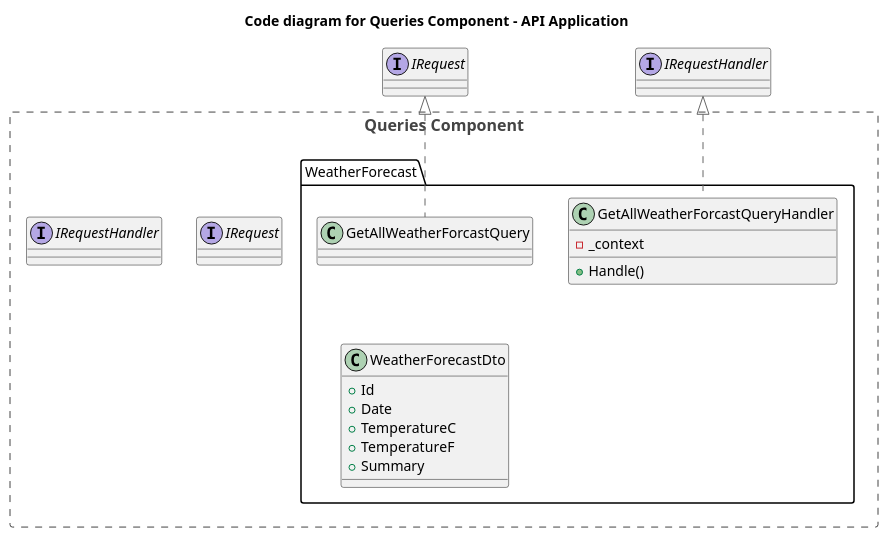
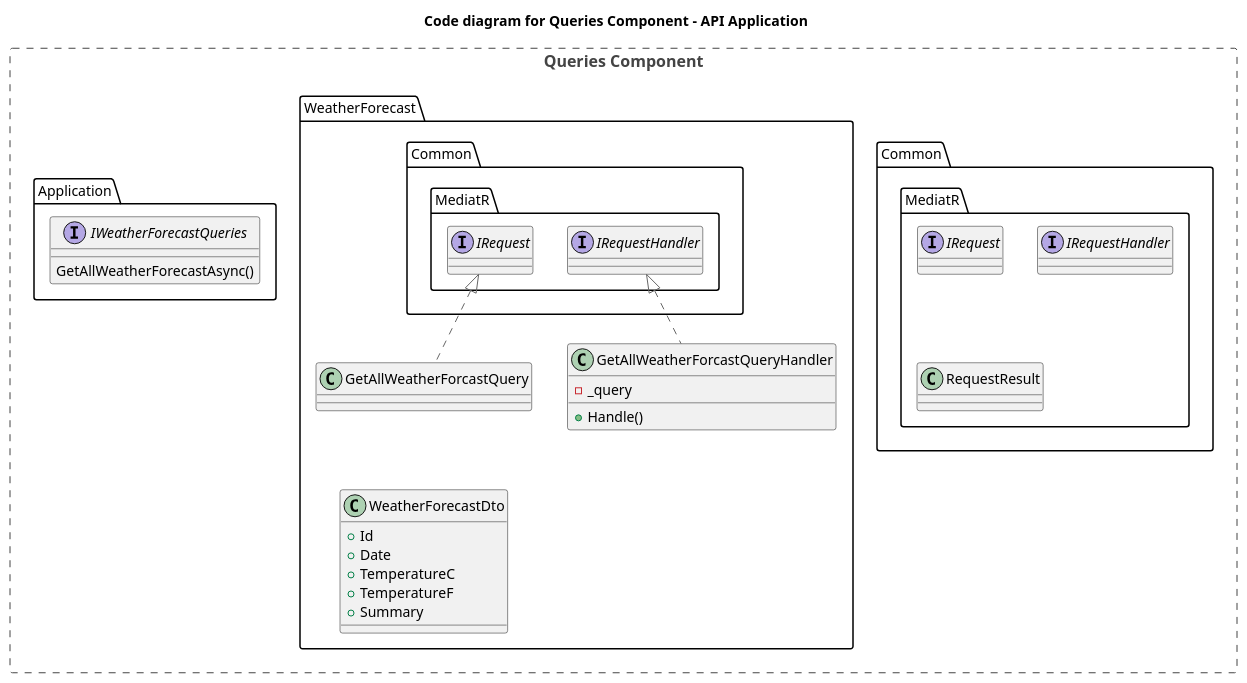
One commit to salmarsumi/CleanArchitecture changed the diagram in architecture/api_queries.puml. Above: the diagram before and after it, drawn with PlantUML. The commit also changed 2 other files, not shown here.

Commit message:
repository and query changes to the architecture diagrams

```diff
--- a/architecture/api_queries.puml
+++ b/architecture/api_queries.puml
@@ -1,33 +1,42 @@
 @startuml
 !include https://raw.githubusercontent.com/plantuml-stdlib/C4-PlantUML/master/C4_Component.puml
 
 HIDE_STEREOTYPE()
 
 title Code diagram for Queries Component - API Application
 
 Boundary(queries, "Queries Component") {
-    interface IRequest
-    interface IRequestHandler
+    namespace Common.MediatR {
+        interface IRequest
+        interface IRequestHandler
+        class RequestResult
+    }
 
     namespace WeatherForecast {
 
-        class GetAllWeatherForcastQuery implements .IRequest
+        class GetAllWeatherForcastQuery implements Common.MediatR.IRequest
 
-        class GetAllWeatherForcastQueryHandler implements .IRequestHandler {
-            -_context
+        class GetAllWeatherForcastQueryHandler implements Common.MediatR.IRequestHandler {
+            -_query
             +Handle()
         }
 
         class WeatherForecastDto {
             +Id
             +Date
             +TemperatureC
             +TemperatureF
             +Summary
         }
 
         Lay_U(WeatherForecastDto, GetAllWeatherForcastQuery)
     }
+
+    namespace Application {
+        interface IWeatherForecastQueries {
+            GetAllWeatherForecastAsync()
+        }
+    }
 }
 
 @enduml
```
